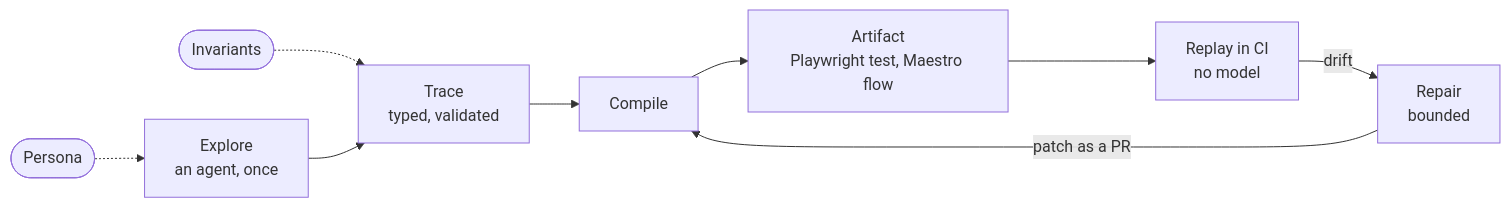
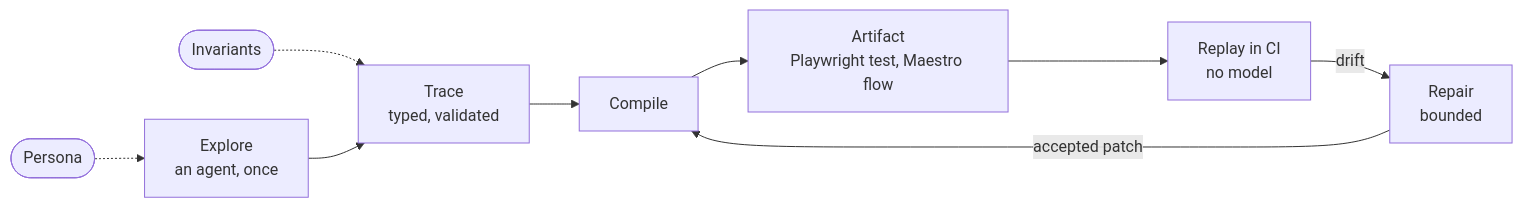
One commit to Sahinord/explore-compile-replay changed the diagram in README.md. Above: the diagram before and after it, drawn with Mermaid. The commit also changed other lines of this file and 11 other files, not shown here.

````diff
--- a/README.md
+++ b/README.md
@@ -17,11 +17,11 @@
 ```mermaid
 flowchart LR
   P([Persona]) -.-> E
   I([Invariants]) -.-> T
   E["Explore<br/>an agent, once"] --> T["Trace<br/>typed, validated"]
   T --> C[Compile]
   C --> A["Artifact<br/>Playwright test, Maestro flow"]
   A --> R["Replay in CI<br/>no model"]
   R -- drift --> H["Repair<br/>bounded"]
-  H -- patch as a PR --> C
+  H -- accepted patch --> C
 ```
````
